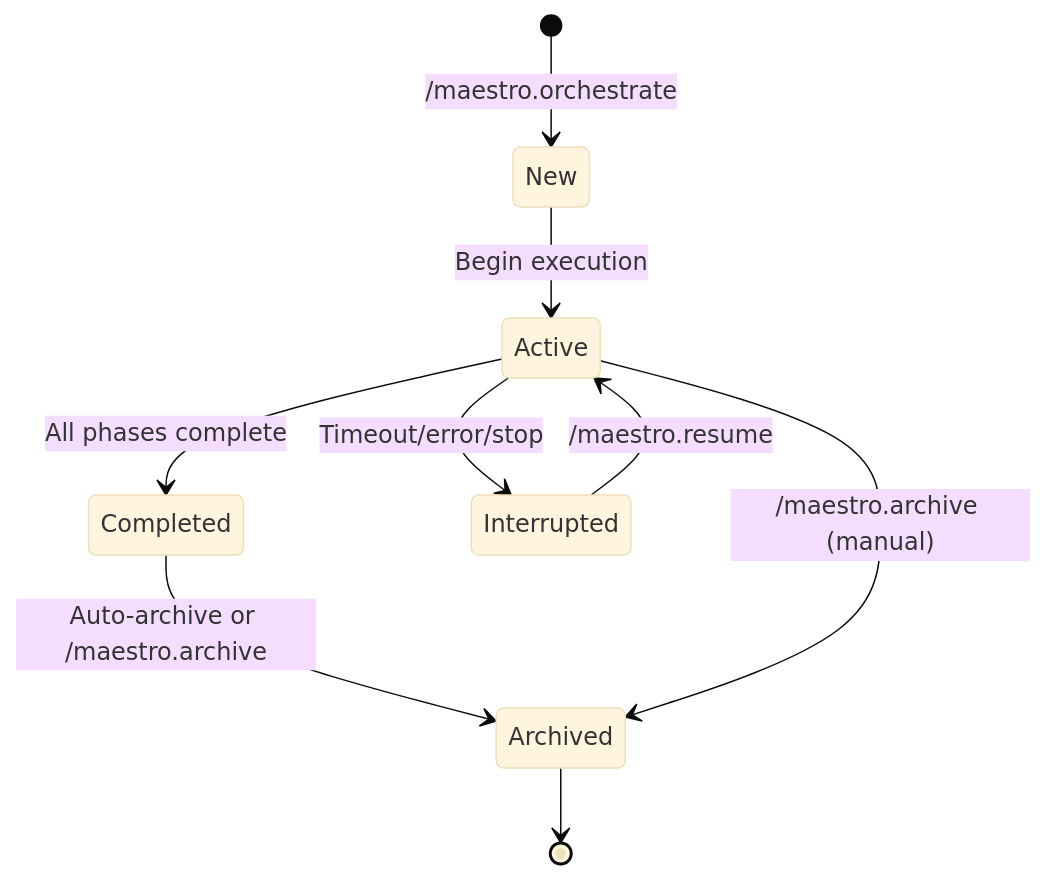
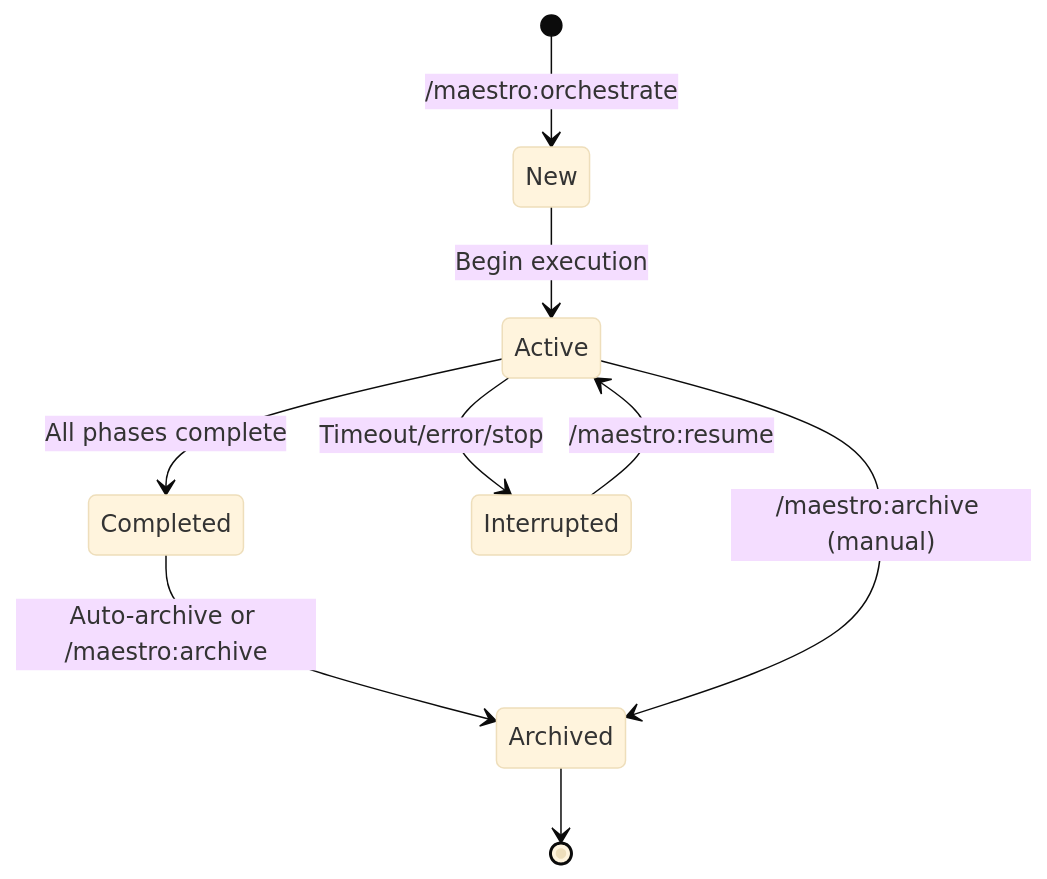
Before and after one commit to akio0406/maestro-gemini: the second of 4 diagrams in USAGE.md, drawn with Mermaid (base theme). The commit also changed other lines of this file and 59 other files, not shown here.

````diff
--- a/USAGE.md
+++ b/USAGE.md
@@ -969,11 +973,11 @@
 ```mermaid
 stateDiagram-v2
-    [*] --> New: /maestro.orchestrate
+    [*] --> New: /maestro:orchestrate
     New --> Active: Begin execution
     Active --> Completed: All phases complete
     Active --> Interrupted: Timeout/error/stop
-    Interrupted --> Active: /maestro.resume
-    Completed --> Archived: Auto-archive or /maestro.archive
-    Active --> Archived: /maestro.archive (manual)
+    Interrupted --> Active: /maestro:resume
+    Completed --> Archived: Auto-archive or /maestro:archive
+    Active --> Archived: /maestro:archive (manual)
     Archived --> [*]
 ```
````
